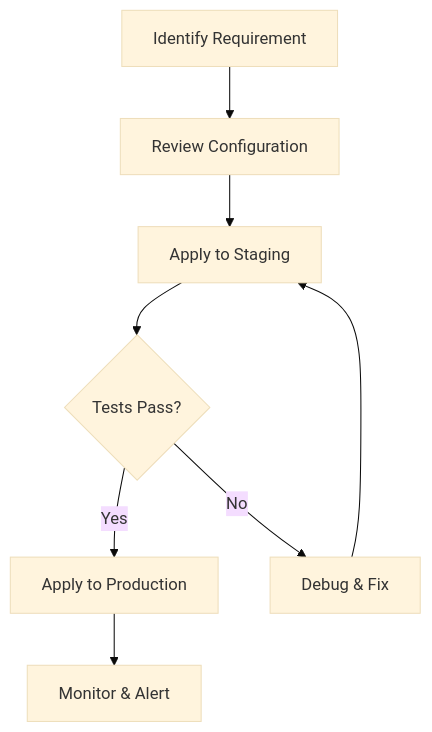
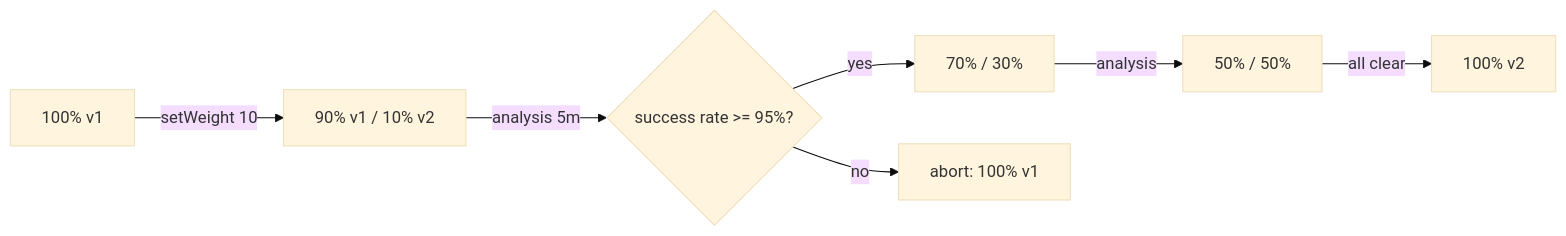
Before and after one commit to greg4fun/kubernetesrecipes.github.io: the diagram in src/content/recipes/kubernetes-canary-deployment-guide.md, drawn with Mermaid (base theme). The commit also changed other lines of this file and 537 other files, not shown here.

````diff
--- a/src/content/recipes/kubernetes-canary-deployment-guide.md
+++ b/src/content/recipes/kubernetes-canary-deployment-guide.md
@@ -77,10 +228,9 @@
 ```mermaid
-graph TD
-    A[Identify Requirement] --> B[Review Configuration]
-    B --> C[Apply to Staging]
-    C --> D{Tests Pass?}
-    D -->|Yes| E[Apply to Production]
-    D -->|No| F[Debug & Fix]
-    F --> C
-    E --> G[Monitor & Alert]
+graph LR
+    A[100% v1] -->|setWeight 10| B[90% v1 / 10% v2]
+    B -->|analysis 5m| C{success rate >= 95%?}
+    C -->|yes| D[70% / 30%]
+    C -->|no| E[abort: 100% v1]
+    D -->|analysis| F[50% / 50%]
+    F -->|all clear| G[100% v2]
 ```
````
